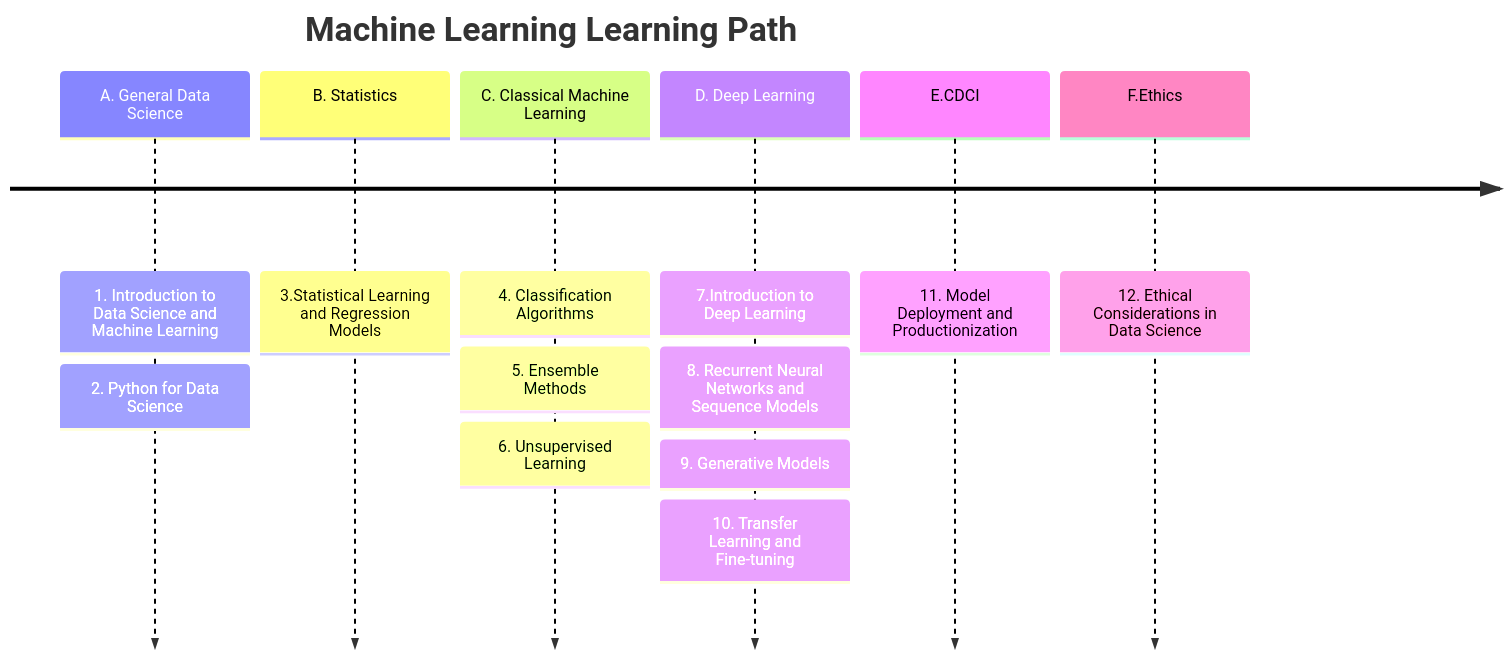
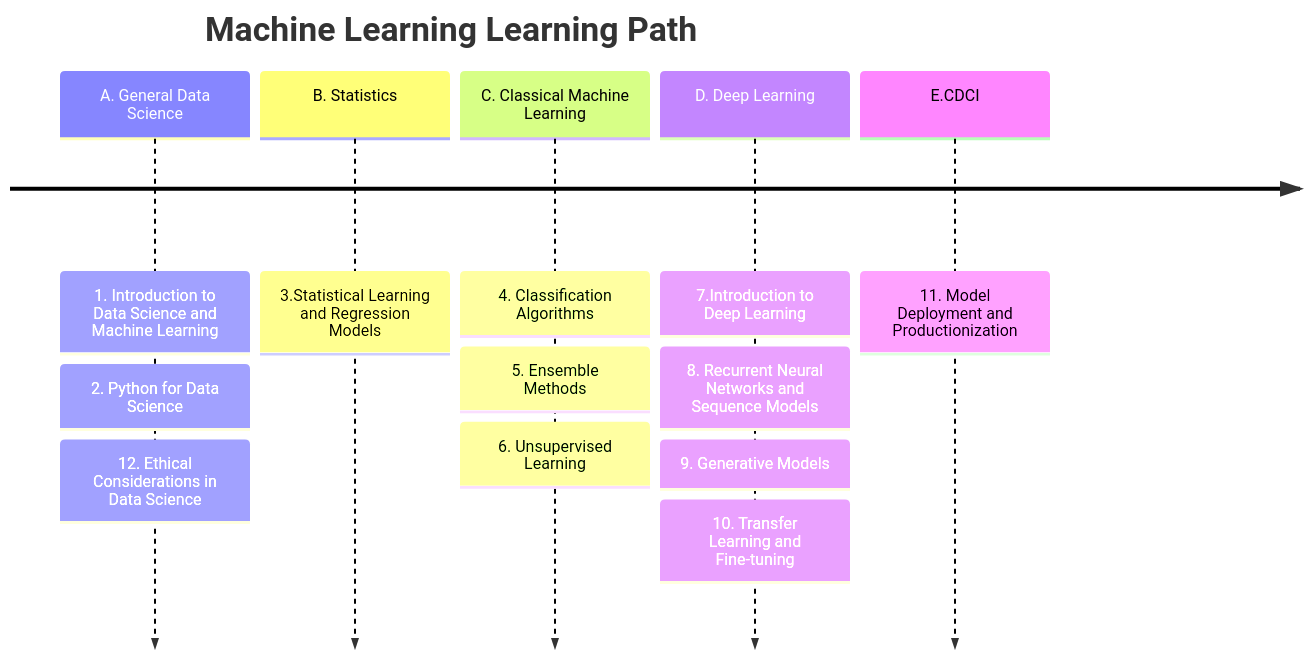
The second of 5 diagrams in docs/mlpaths.md (ua-datalab/ua-datalab.github.io), drawn with Mermaid before and after one commit.

````diff
--- a/docs/mlpaths.md
+++ b/docs/mlpaths.md
@@ -27,17 +27,17 @@
 ```mermaid
 timeline
     title Machine Learning Learning Path
     A. General Data Science : 1. Introduction to Data Science and Machine Learning
     	    	 	     : 2. Python for Data Science
+			     : 12. Ethical Considerations in Data Science
     B. Statistics : 3.Statistical Learning and Regression Models
     C. Classical Machine Learning : 4. Classification Algorithms
 				 : 5. Ensemble Methods
 				 : 6. Unsupervised Learning
     D. Deep Learning : 7.Introduction to Deep Learning
     	   	    : 8. Recurrent Neural Networks and Sequence Models
 		    : 9. Generative Models
 		    : 10. Transfer Learning and Fine-tuning
     E.CDCI : 11. Model Deployment and Productionization
-    F.Ethics : 12. Ethical Considerations in Data Science
 
 ```
````
